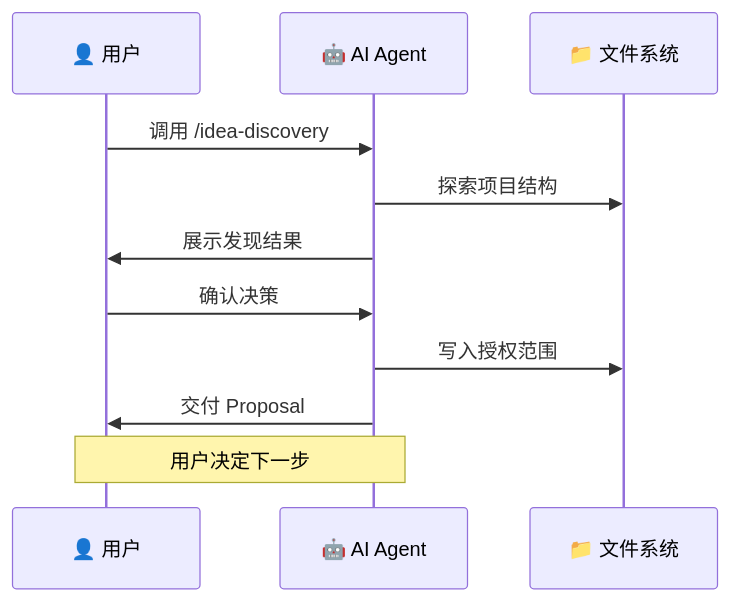
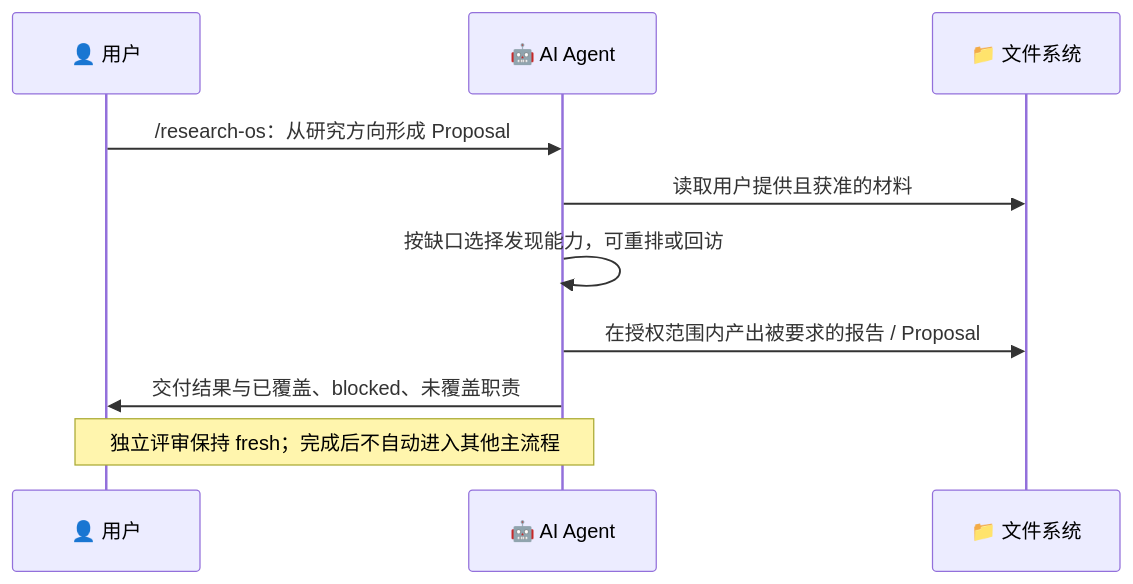
One commit to toRolex/Research-OS-Studio changed the third of 3 diagrams in docs/assets/workflow-diagrams.md. Above: the diagram before and after it, drawn with Mermaid. The commit also changed other lines of this file and 339 other files, not shown here.

````diff
--- a/docs/assets/workflow-diagrams.md
+++ b/docs/assets/workflow-diagrams.md
@@ -101,14 +100,13 @@
 ```mermaid
 sequenceDiagram
     participant U as 👤 用户
     participant A as 🤖 AI Agent
     participant S as 📁 文件系统
     
-    U->>A: 调用 /idea-discovery
-    A->>S: 探索项目结构
-    A->>U: 展示发现结果
-    U->>A: 确认决策
-    A->>S: 写入授权范围
-    A->>U: 交付 Proposal
-    Note over U,A: 用户决定下一步
+    U->>A: /research-os：从研究方向形成 Proposal
+    A->>S: 读取用户提供且获准的材料
+    A->>A: 按缺口选择发现能力，可重排或回访
+    A->>S: 在授权范围内产出被要求的报告 / Proposal
+    A->>U: 交付结果与已覆盖、blocked、未覆盖职责
+    Note over U,A: 独立评审保持 fresh；完成后不自动进入其他主流程
 ```
````
